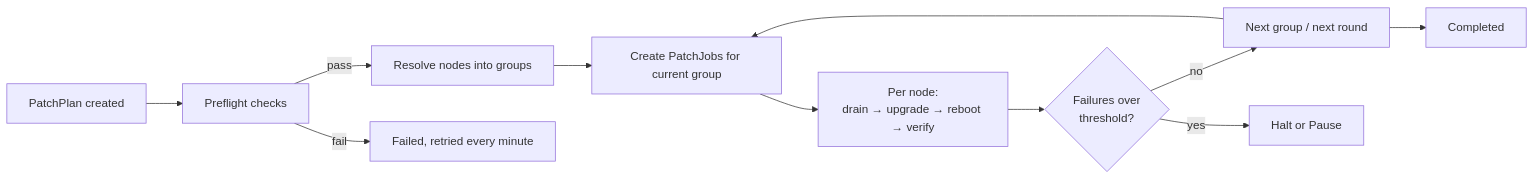
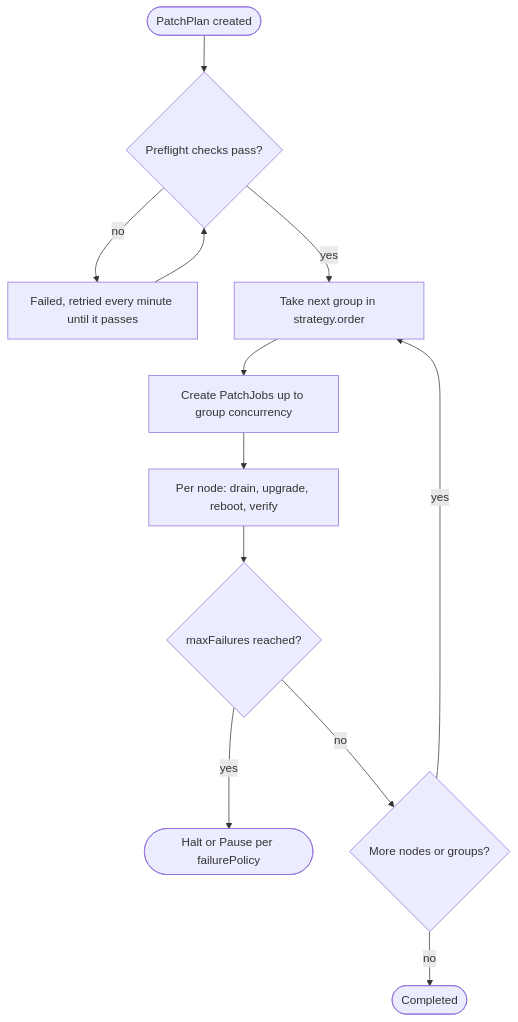
The diagram in README.md (uozalp/kangal-patch), drawn with Mermaid before and after one commit. The commit also changed other lines of this file, not shown here.

Commit message:
refactor: Update flowchart and failure handling in README for clarity

````diff
--- a/README.md
+++ b/README.md
@@ -66,13 +66,14 @@
 ```mermaid
-flowchart LR
-    A[PatchPlan created] --> B[Preflight checks]
-    B -->|pass| C[Resolve nodes into groups]
-    B -->|fail| X[Failed, retried every minute]
-    C --> D[Create PatchJobs for current group]
-    D --> E[Per node:<br/>drain → upgrade → reboot → verify]
-    E --> F{Failures over<br/>threshold?}
-    F -->|no| G[Next group / next round]
-    F -->|yes| H[Halt or Pause]
-    G --> D
-    G --> I[Completed]
+flowchart TD
+    A([PatchPlan created]) --> B{Preflight checks pass?}
+    B -- no --> B1[Failed, retried every minute until it passes]
+    B1 --> B
+    B -- yes --> C[Take next group in strategy.order]
+    C --> D[Create PatchJobs up to group concurrency]
+    D --> E[Per node: drain, upgrade, reboot, verify]
+    E --> F{maxFailures reached?}
+    F -- yes --> G([Halt or Pause per failurePolicy])
+    F -- no --> H{More nodes or groups?}
+    H -- yes --> C
+    H -- no --> I([Completed])
 ```
````
